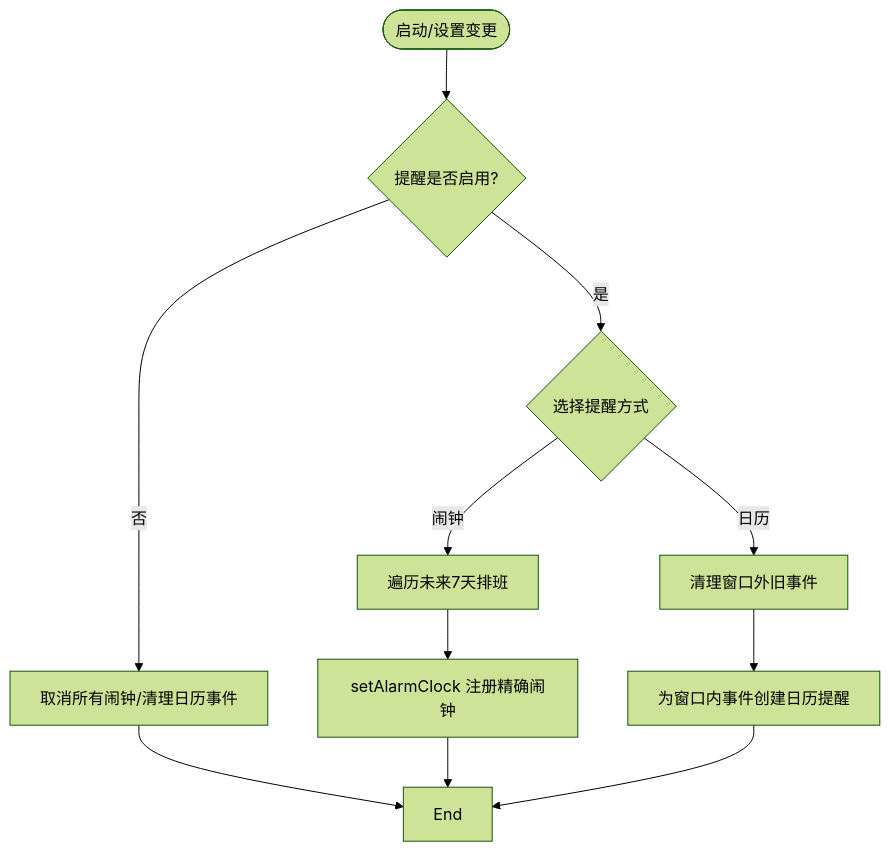
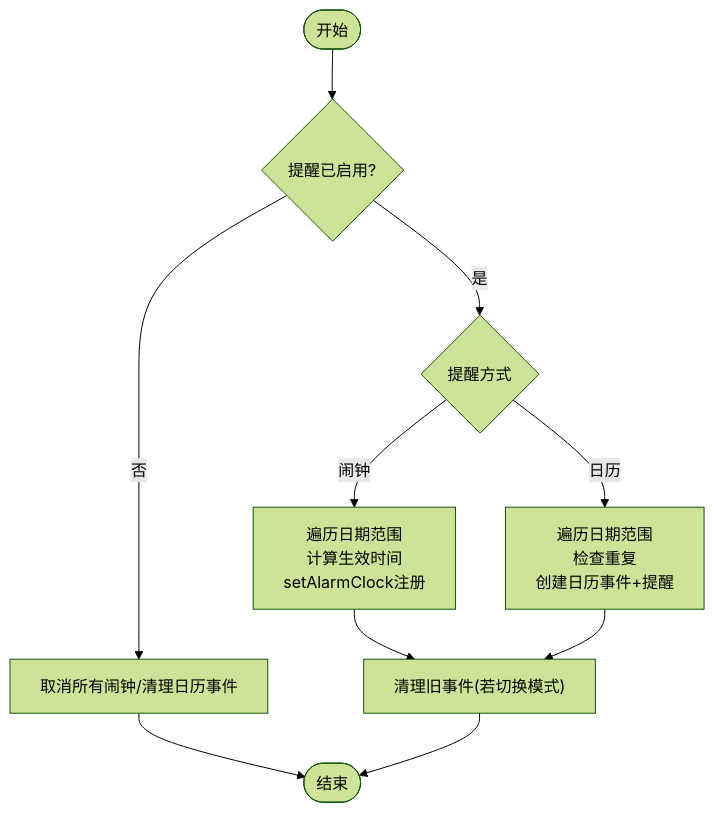
The fourth of 7 diagrams in .qoder/repowiki/zh/content/系统集成/系统集成.md (xiaobai860/paibanrili), drawn with Mermaid (forest theme) before and after one commit. The commit also changed other lines of this file and 245 other files, not shown here.

````diff
--- a/.qoder/repowiki/zh/content/系统集成/系统集成.md
+++ b/.qoder/repowiki/zh/content/系统集成/系统集成.md
@@ -217,11 +204,11 @@
 ```mermaid
 flowchart TD
-Start(["启动/设置变更"]) --> CheckEnabled{"提醒是否启用?"}
-CheckEnabled --> |否| CancelAll["取消所有闹钟/清理日历事件"] --> End
-CheckEnabled --> |是| ChooseMethod{"选择提醒方式"}
-ChooseMethod --> |闹钟| ForDays["遍历未来7天排班"]
-ChooseMethod --> |日历| CleanupCal["清理窗口外旧事件"] --> CreateCal["为窗口内事件创建日历提醒"]
-ForDays --> SetAlarm["setAlarmClock 注册精确闹钟"]
-SetAlarm --> End
-CreateCal --> End
+Start(["开始"]) --> CheckEnabled{"提醒已启用?"}
+CheckEnabled --> |否| CancelAll["取消所有闹钟/清理日历事件"] --> End(["结束"])
+CheckEnabled --> |是| ChooseMethod{"提醒方式"}
+ChooseMethod --> |闹钟| ScheduleAlarm["遍历日期范围<br/>计算生效时间<br/>setAlarmClock注册"]
+ChooseMethod --> |日历| ScheduleCalendar["遍历日期范围<br/>检查重复<br/>创建日历事件+提醒"]
+ScheduleAlarm --> CleanupOld["清理旧事件(若切换模式)"]
+ScheduleCalendar --> CleanupOld
+CleanupOld --> End
 ```
````
